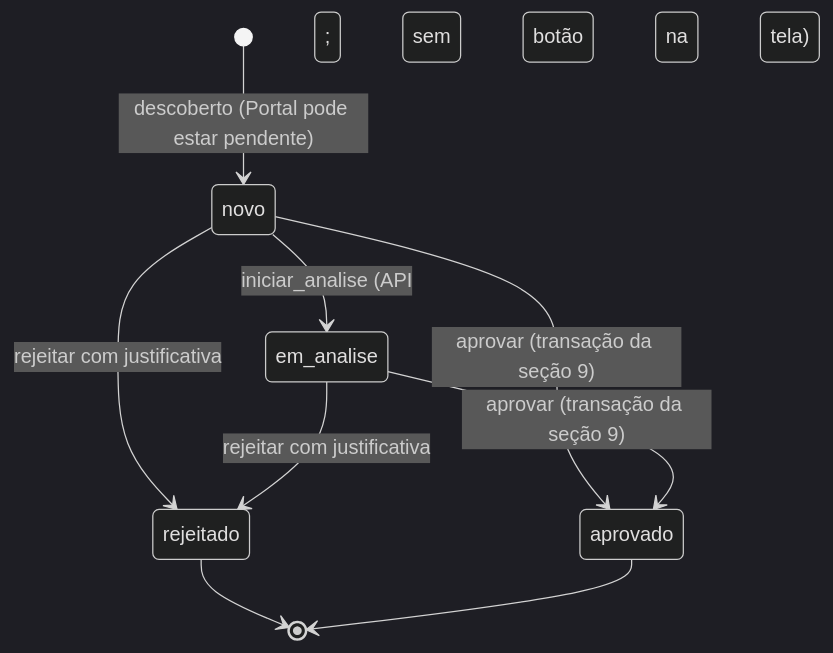
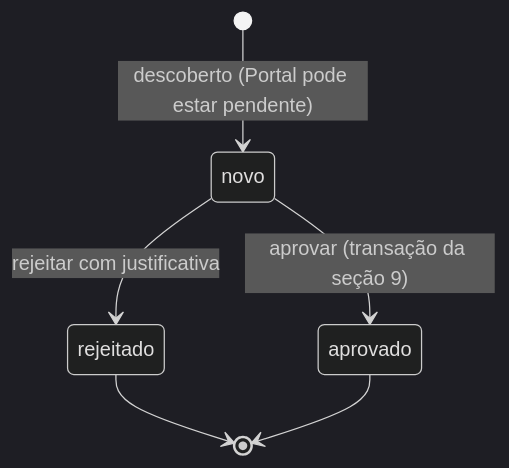
One commit to devs-ministerio/par_equipamentos changed the eighth of 20 diagrams in docs/mermaid/radar-instrumentos.md. Above: the diagram before and after it, drawn with Mermaid (dark theme). The commit also changed other lines of this file and 11 other files, not shown here.

Commit message:
refactor(radar): remove ação iniciar_analise e aba Propostas em tramitação

````diff
--- a/docs/mermaid/radar-instrumentos.md
+++ b/docs/mermaid/radar-instrumentos.md
@@ -207,11 +205,8 @@
 ```mermaid
 stateDiagram-v2
     [*] --> novo: descoberto (Portal pode estar pendente)
-    novo --> em_analise: iniciar_analise (API; sem botão na tela)
     novo --> rejeitado: rejeitar com justificativa
-    em_analise --> rejeitado: rejeitar com justificativa
     novo --> aprovado: aprovar (transação da seção 9)
-    em_analise --> aprovado: aprovar (transação da seção 9)
     rejeitado --> [*]
     aprovado --> [*]
 ```
````
